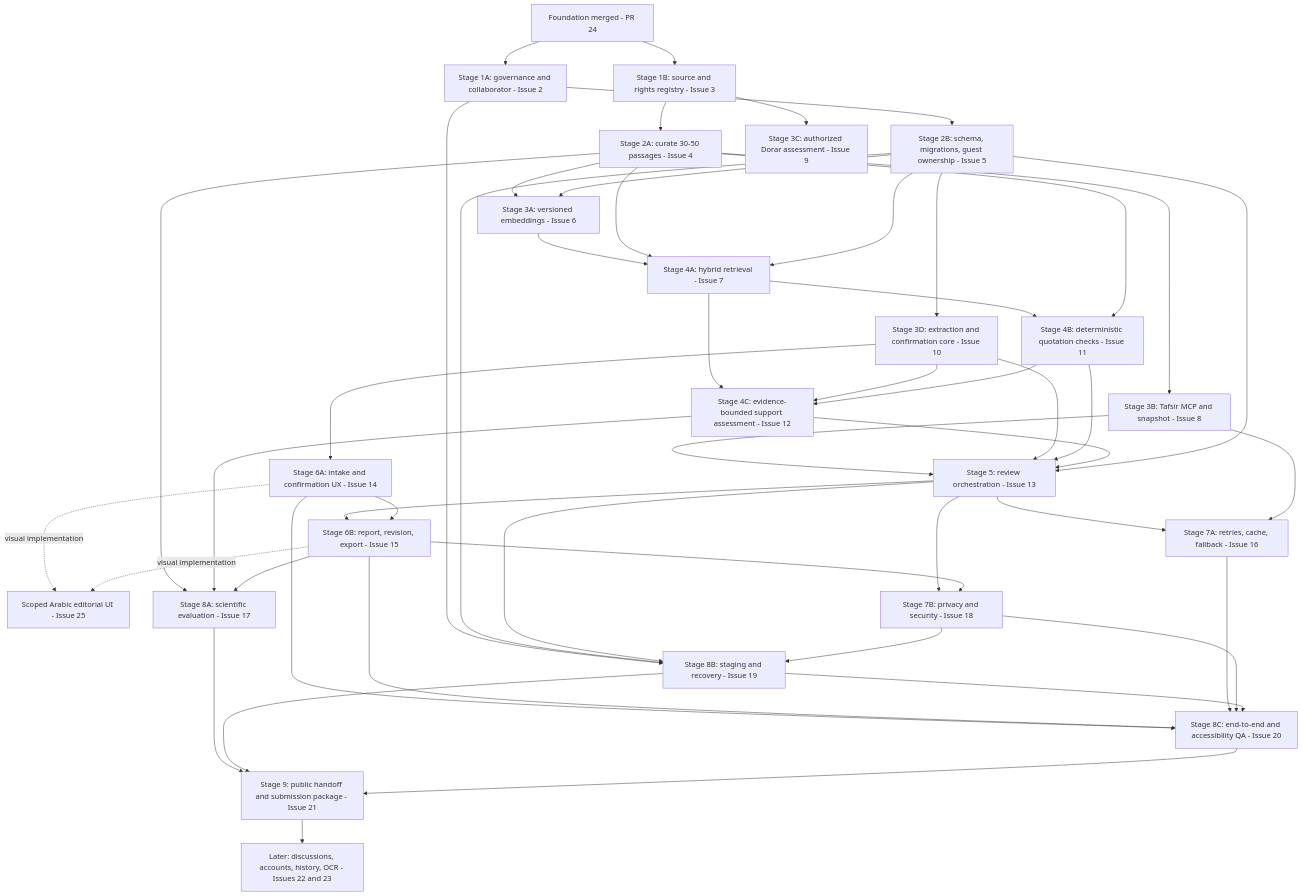
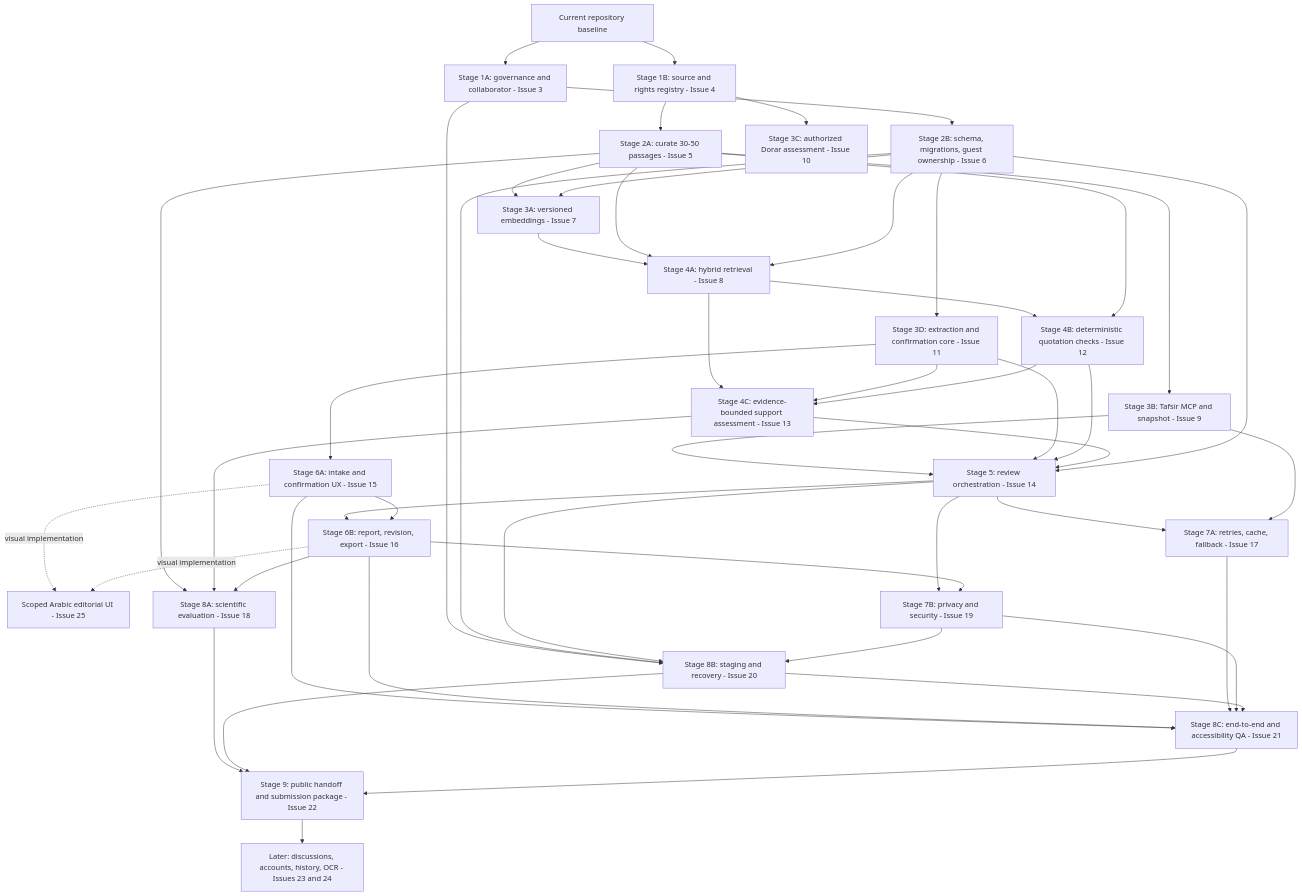
One commit to smaq777/Basira-Hackathon changed diagram 13 of 14 in docs/architecture/SYSTEM_BLUEPRINT.md. Above: the diagram before and after it, drawn with Mermaid. The commit also changed other lines of this file and 18 other files, not shown here.

Commit message:
docs: normalize repository references and current status (#63)

````diff
--- a/docs/architecture/SYSTEM_BLUEPRINT.md
+++ b/docs/architecture/SYSTEM_BLUEPRINT.md
@@ -677,58 +677,58 @@
 ```mermaid
 flowchart TD
-  F[Foundation merged - PR 24] --> G[Stage 1A: governance and collaborator - Issue 2]
-  F --> S[Stage 1B: source and rights registry - Issue 3]
-  S --> C[Stage 2A: curate 30-50 passages - Issue 4]
-  G --> D[Stage 2B: schema, migrations, guest ownership - Issue 5]
+  F[Current repository baseline] --> G[Stage 1A: governance and collaborator - Issue 3]
+  F --> S[Stage 1B: source and rights registry - Issue 4]
+  S --> C[Stage 2A: curate 30-50 passages - Issue 5]
+  G --> D[Stage 2B: schema, migrations, guest ownership - Issue 6]
 
-  C --> E[Stage 3A: versioned embeddings - Issue 6]
+  C --> E[Stage 3A: versioned embeddings - Issue 7]
   D --> E
-  C --> T[Stage 3B: Tafsir MCP and snapshot - Issue 8]
-  S --> H[Stage 3C: authorized Dorar assessment - Issue 9]
-  D --> X[Stage 3D: extraction and confirmation core - Issue 10]
+  C --> T[Stage 3B: Tafsir MCP and snapshot - Issue 9]
+  S --> H[Stage 3C: authorized Dorar assessment - Issue 10]
+  D --> X[Stage 3D: extraction and confirmation core - Issue 11]
 
-  E --> R[Stage 4A: hybrid retrieval - Issue 7]
+  E --> R[Stage 4A: hybrid retrieval - Issue 8]
   C --> R
   D --> R
-  R --> Q[Stage 4B: deterministic quotation checks - Issue 11]
+  R --> Q[Stage 4B: deterministic quotation checks - Issue 12]
   C --> Q
-  R --> A[Stage 4C: evidence-bounded support assessment - Issue 12]
+  R --> A[Stage 4C: evidence-bounded support assessment - Issue 13]
   X --> A
   Q --> A
 
-  T --> O[Stage 5: review orchestration - Issue 13]
+  T --> O[Stage 5: review orchestration - Issue 14]
   X --> O
   Q --> O
   A --> O
   D --> O
 
-  X --> U1[Stage 6A: intake and confirmation UX - Issue 14]
-  O --> U2[Stage 6B: report, revision, export - Issue 15]
+  X --> U1[Stage 6A: intake and confirmation UX - Issue 15]
+  O --> U2[Stage 6B: report, revision, export - Issue 16]
   U1 --> U2
   U1 -.->|visual implementation| U25[Scoped Arabic editorial UI - Issue 25]
   U2 -.->|visual implementation| U25
 
-  O --> Rel[Stage 7A: retries, cache, fallback - Issue 16]
+  O --> Rel[Stage 7A: retries, cache, fallback - Issue 17]
   T --> Rel
-  O --> Sec[Stage 7B: privacy and security - Issue 18]
+  O --> Sec[Stage 7B: privacy and security - Issue 19]
   U2 --> Sec
 
-  C --> Eval[Stage 8A: scientific evaluation - Issue 17]
+  C --> Eval[Stage 8A: scientific evaluation - Issue 18]
   A --> Eval
   U2 --> Eval
-  G --> Deploy[Stage 8B: staging and recovery - Issue 19]
+  G --> Deploy[Stage 8B: staging and recovery - Issue 20]
   D --> Deploy
   O --> Deploy
   Sec --> Deploy
 
-  U1 --> QA[Stage 8C: end-to-end and accessibility QA - Issue 20]
+  U1 --> QA[Stage 8C: end-to-end and accessibility QA - Issue 21]
   U2 --> QA
   Rel --> QA
   Sec --> QA
   Deploy --> QA
 
-  Eval --> Release[Stage 9: public handoff and submission package - Issue 21]
+  Eval --> Release[Stage 9: public handoff and submission package - Issue 22]
   Deploy --> Release
   QA --> Release
-  Release --> Later[Later: discussions, accounts, history, OCR - Issues 22 and 23]
+  Release --> Later[Later: discussions, accounts, history, OCR - Issues 23 and 24]
 ```
````
